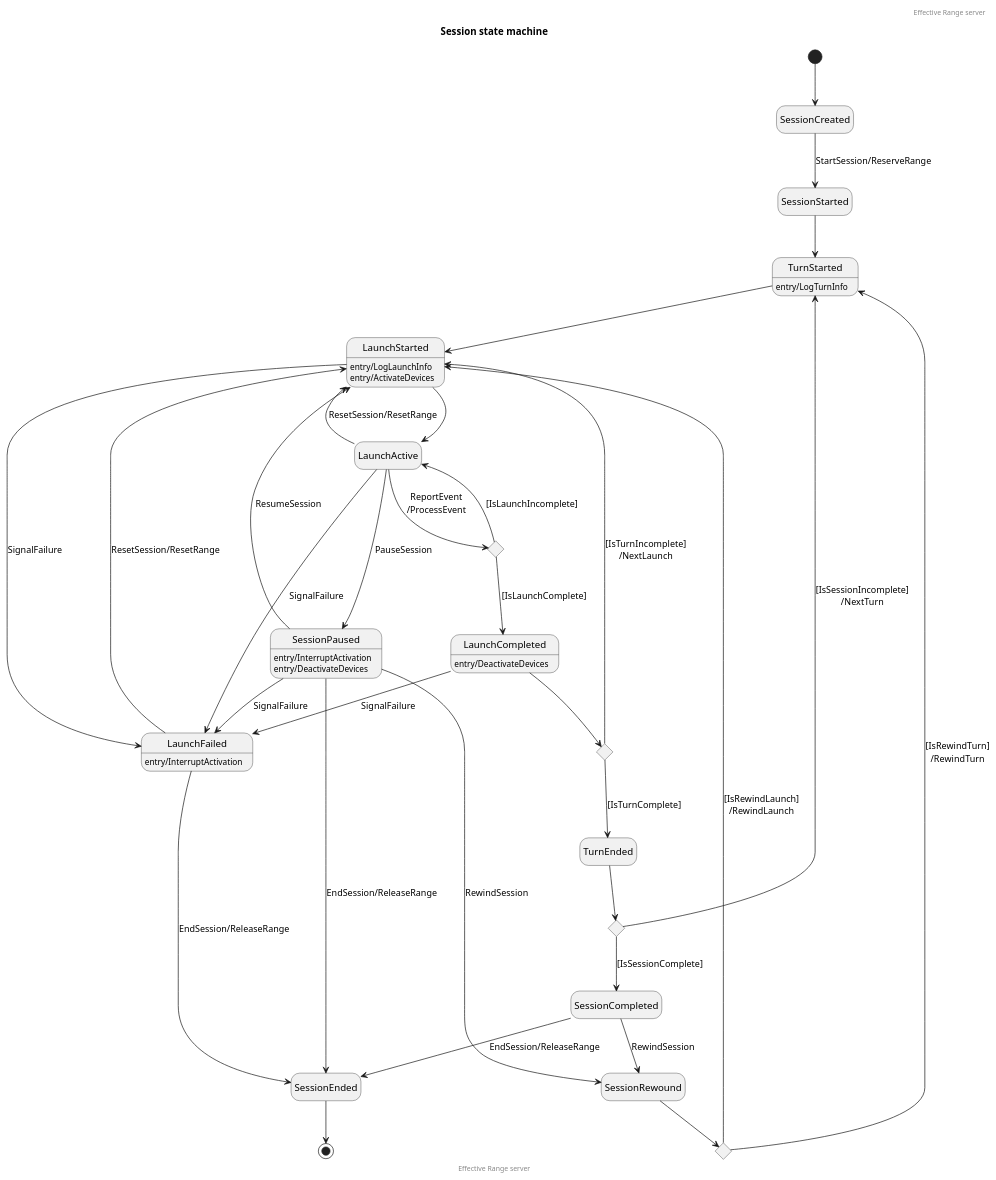
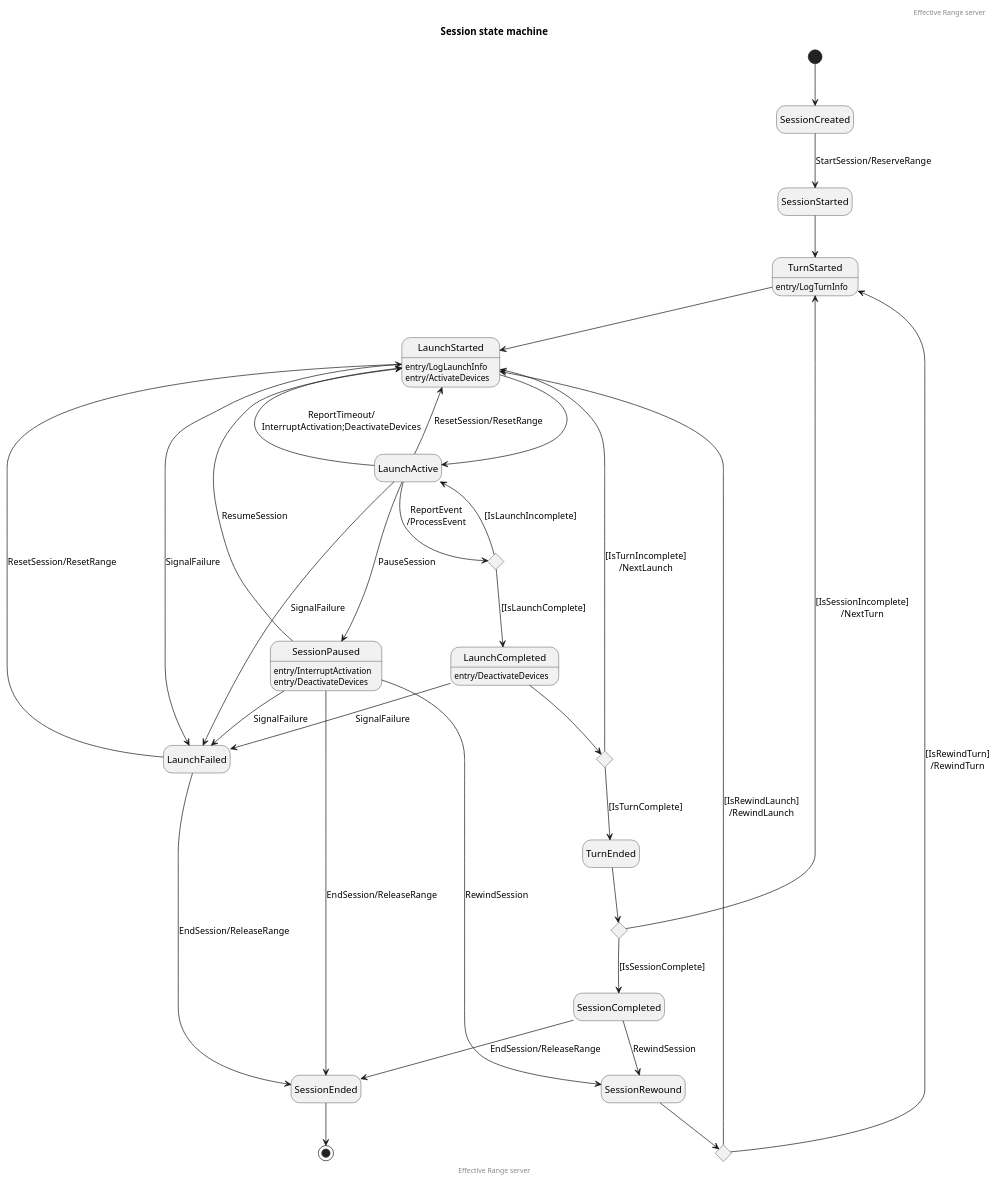
The diagram in state/server-session.puml (EffectiveRange/effective-range-api), drawn with PlantUML before and after one commit.

Commit message:
Add report timeout to server session diagram (#33)

```diff
--- a/state/server-session.puml
+++ b/state/server-session.puml
@@ -1,69 +1,71 @@
 @startuml
 hide empty description
 
 header Effective Range server
 title Session state machine
 
 [*] --> SessionCreated
 SessionCreated --> SessionStarted : StartSession/ReserveRange
 SessionStarted --> TurnStarted
 TurnStarted : entry/LogTurnInfo
 TurnStarted --> LaunchStarted
 
 LaunchStarted : entry/LogLaunchInfo
 LaunchStarted : entry/ActivateDevices
 LaunchStarted --> LaunchActive
 
 state LaunchActiveChoice <<choice>>
 
 ' Successful launch
 LaunchActive --> LaunchActiveChoice : ReportEvent\n/ProcessEvent
 LaunchActiveChoice --> LaunchActive : [IsLaunchIncomplete]
 LaunchActiveChoice --> LaunchCompleted : [IsLaunchComplete]
 LaunchCompleted : entry/DeactivateDevices
 
 state LaunchCompleteChoice <<choice>>
 
 LaunchCompleted --> LaunchCompleteChoice
 LaunchCompleteChoice --> LaunchStarted : [IsTurnIncomplete]\n/NextLaunch
 LaunchCompleteChoice --> TurnEnded : [IsTurnComplete]
 
+' Event report timout
+LaunchActive --> LaunchStarted : ReportTimeout/\nInterruptActivation;DeactivateDevices
+
 ' Failed launch
 LaunchStarted --> LaunchFailed : SignalFailure
 LaunchActive --> LaunchFailed : SignalFailure
 SessionPaused --> LaunchFailed : SignalFailure
 LaunchCompleted --> LaunchFailed : SignalFailure
-LaunchFailed : entry/InterruptActivation
 LaunchFailed --> LaunchStarted : ResetSession/ResetRange
 LaunchFailed --> SessionEnded : EndSession/ReleaseRange
 
 ' Paused session
 LaunchActive --> SessionPaused : PauseSession
 SessionPaused : entry/InterruptActivation
 SessionPaused : entry/DeactivateDevices
 SessionPaused --> LaunchStarted : ResumeSession
 SessionPaused --> SessionEnded : EndSession/ReleaseRange
 
 ' Continue session after server restart
 LaunchActive --> LaunchStarted : ResetSession/ResetRange
 
 ' Rewound session
 state SessionRewoundChoice <<choice>>
 
 SessionPaused --> SessionRewound : RewindSession
 SessionRewound --> SessionRewoundChoice
 SessionRewoundChoice --> LaunchStarted : [IsRewindLaunch]\n/RewindLaunch
 SessionRewoundChoice --> TurnStarted : [IsRewindTurn]\n/RewindTurn
 
 state TurnEndedChoice <<choice>>
 
 TurnEnded --> TurnEndedChoice
 TurnEndedChoice --> TurnStarted : [IsSessionIncomplete]\n/NextTurn
 TurnEndedChoice --> SessionCompleted : [IsSessionComplete]
 SessionCompleted --> SessionRewound : RewindSession
 SessionCompleted --> SessionEnded : EndSession/ReleaseRange
 SessionEnded --> [*]
 
 footer Effective Range server
 
 @enduml
```
